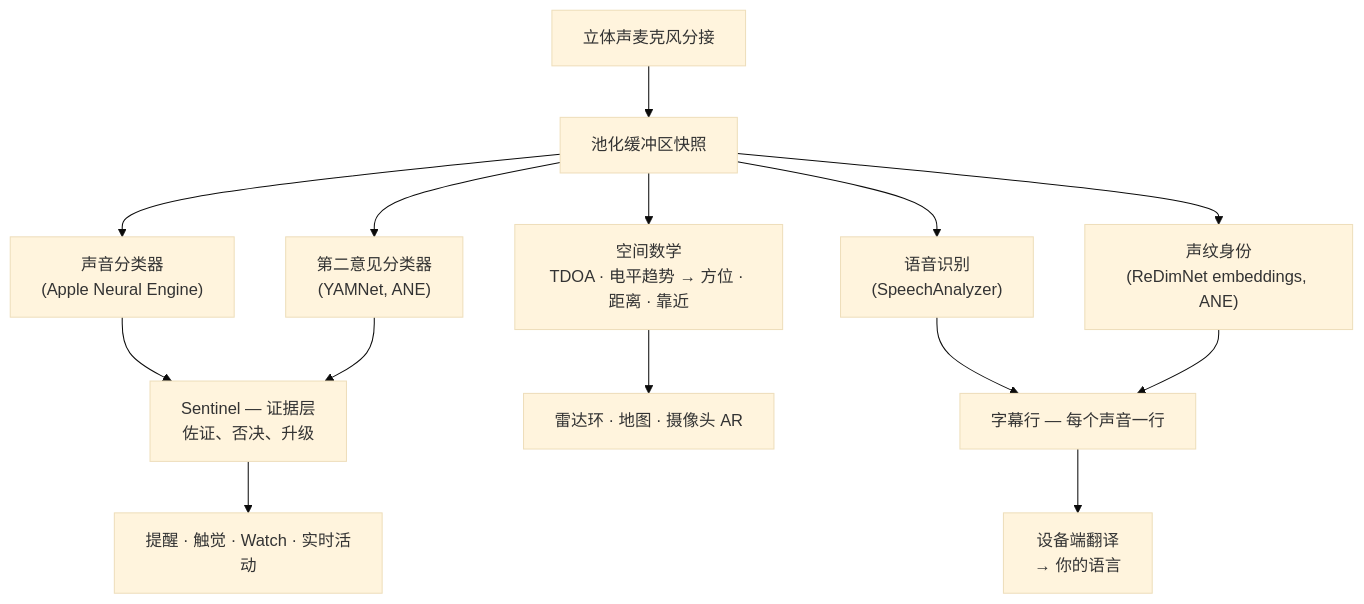
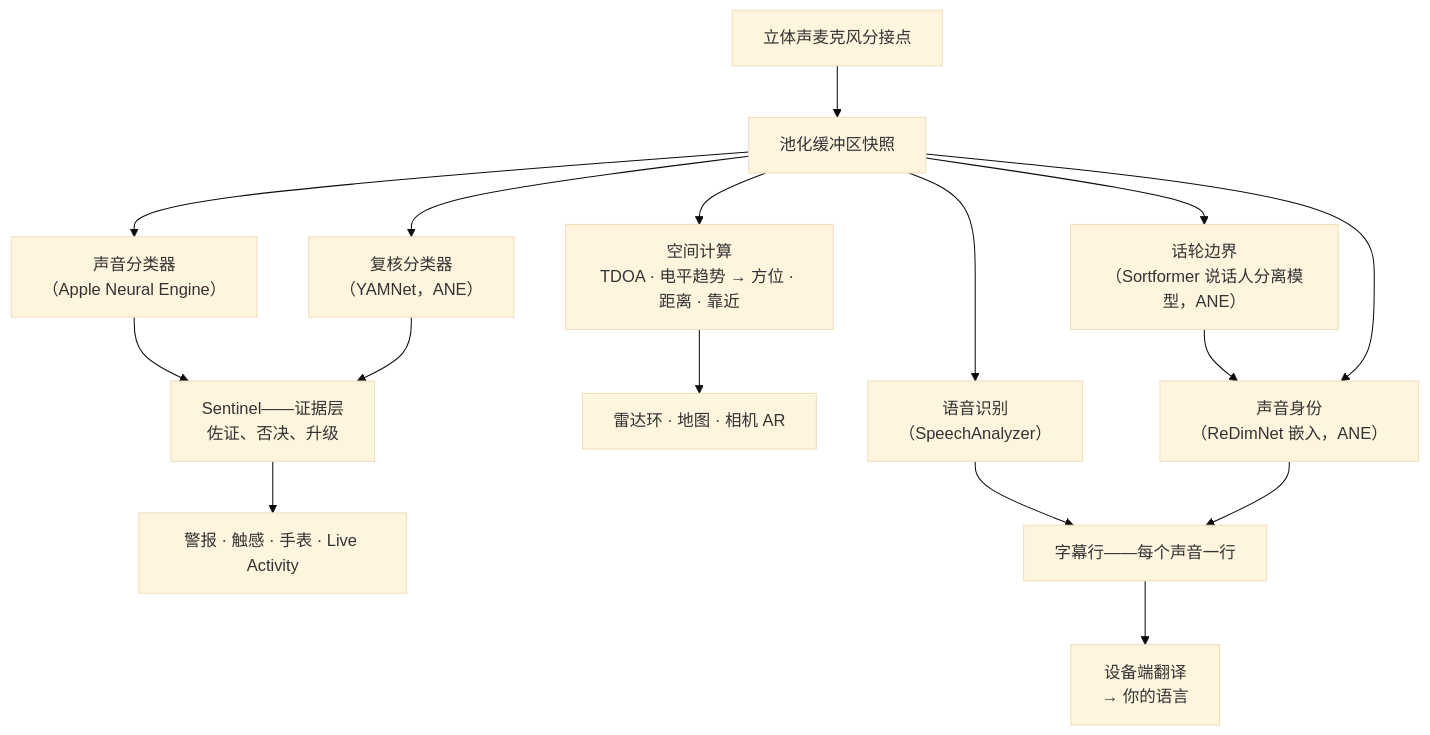
One commit to rpalm01-star/VigilantEarLegal changed the second of 4 diagrams in README_zh-Hans.md. Above: the diagram before and after it, drawn with Mermaid (base theme). The commit also changed other lines of this file and 29 other files, not shown here.

````diff
--- a/README_zh-Hans.md
+++ b/README_zh-Hans.md
@@ -128,16 +134,18 @@
 ```mermaid
 graph TD
-    A["立体声麦克风分接"] --> B["池化缓冲区快照"]
-    B --> C["声音分类器<br/>(Apple Neural Engine)"]
-    B --> Y["第二意见分类器<br/>(YAMNet, ANE)"]
-    C --> S["Sentinel — 证据层<br/>佐证、否决、升级"]
+    A["立体声麦克风分接点"] --> B["池化缓冲区快照"]
+    B --> C["声音分类器<br/>（Apple Neural Engine）"]
+    B --> Y["复核分类器<br/>（YAMNet，ANE）"]
+    C --> S["Sentinel——证据层<br/>佐证、否决、升级"]
     Y --> S
-    S --> H["提醒 · 触觉 · Watch · 实时活动"]
-    B --> D["空间数学<br/>TDOA · 电平趋势 → 方位 · 距离 · 靠近"]
-    D --> R["雷达环 · 地图 · 摄像头 AR"]
-    B --> F["语音识别<br/>(SpeechAnalyzer)"]
-    B --> E["声纹身份<br/>(ReDimNet embeddings, ANE)"]
-    F --> G["字幕行 — 每个声音一行"]
+    S --> H["警报 · 触感 · 手表 · Live Activity"]
+    B --> D["空间计算<br/>TDOA · 电平趋势 → 方位 · 距离 · 靠近"]
+    D --> R["雷达环 · 地图 · 相机 AR"]
+    B --> F["语音识别<br/>（SpeechAnalyzer）"]
+    B --> N["话轮边界<br/>（Sortformer 说话人分离模型，ANE）"]
+    N --> E["声音身份<br/>（ReDimNet 嵌入，ANE）"]
+    B --> E
+    F --> G["字幕行——每个声音一行"]
     E --> G
     G --> T["设备端翻译<br/>→ 你的语言"]
 ```
````
